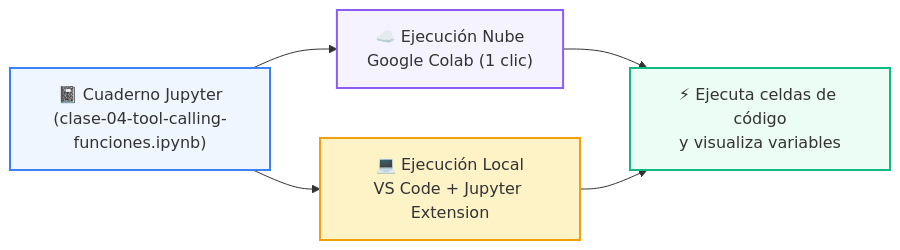
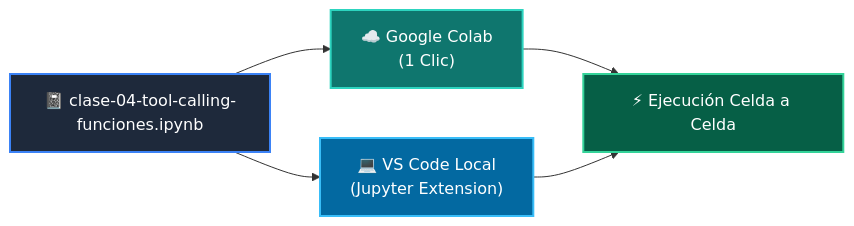
One commit to wisrovi/wisrovi-python changed the diagram in 03-agentes-ia/clase-04-tool-calling-funciones/notebook/README.md. Above: the diagram before and after it, drawn with Mermaid. The commit also changed other lines of this file and 271 other files, not shown here.

Commit message:
docs: rewrite all README.md files with bespoke topic-specific Mermaid diagrams and remove repetitive boilerplate

````diff
--- a/03-agentes-ia/clase-04-tool-calling-funciones/notebook/README.md
+++ b/03-agentes-ia/clase-04-tool-calling-funciones/notebook/README.md
@@ -14,12 +12,12 @@
 ```mermaid
 flowchart LR
-    NB["📓 Cuaderno Jupyter<br/>(clase-04-tool-calling-funciones.ipynb)"] --> COLAB["☁️ Ejecución Nube<br/>Google Colab (1 clic)"]
-    NB --> LOCAL["💻 Ejecución Local<br/>VS Code + Jupyter Extension"]
-    COLAB --> RUN["⚡ Ejecuta celdas de código<br/>y visualiza variables"]
+    NB["📓 clase-04-tool-calling-funciones.ipynb"] --> COLAB["☁️ Google Colab<br/>(1 Clic)"]
+    NB --> LOCAL["💻 VS Code Local<br/>(Jupyter Extension)"]
+    COLAB --> RUN["⚡ Ejecución Celda a Celda"]
     LOCAL --> RUN
 
-    style NB fill:#eff6ff,stroke:#3b82f6,stroke-width:2px
-    style COLAB fill:#f5f3ff,stroke:#8b5cf6,stroke-width:2px
-    style LOCAL fill:#fef3c7,stroke:#f59e0b,stroke-width:2px
-    style RUN fill:#ecfdf5,stroke:#10b981,stroke-width:2px
+    style NB fill:#1e293b,color:#fff,stroke:#3b82f6,stroke-width:2px
+    style COLAB fill:#0f766e,color:#fff,stroke:#2dd4bf,stroke-width:2px
+    style LOCAL fill:#0369a1,color:#fff,stroke:#38bdf8,stroke-width:2px
+    style RUN fill:#065f46,color:#fff,stroke:#34d399,stroke-width:2px
 ```
````
